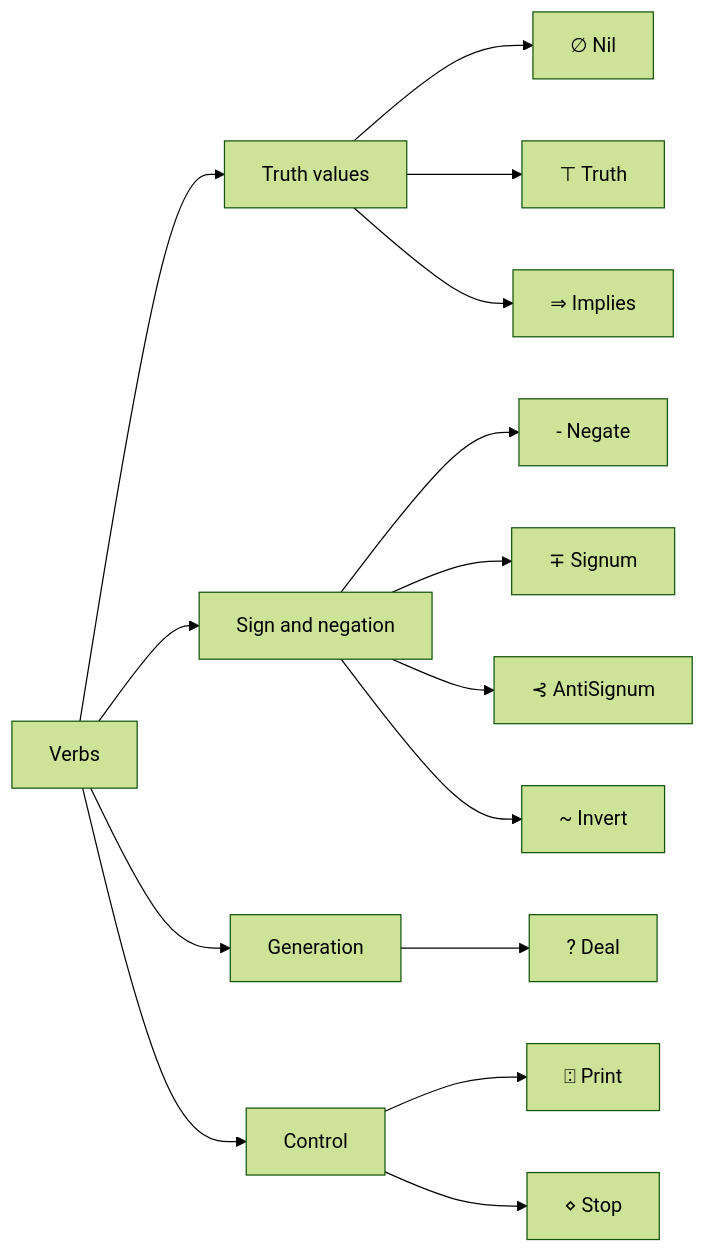
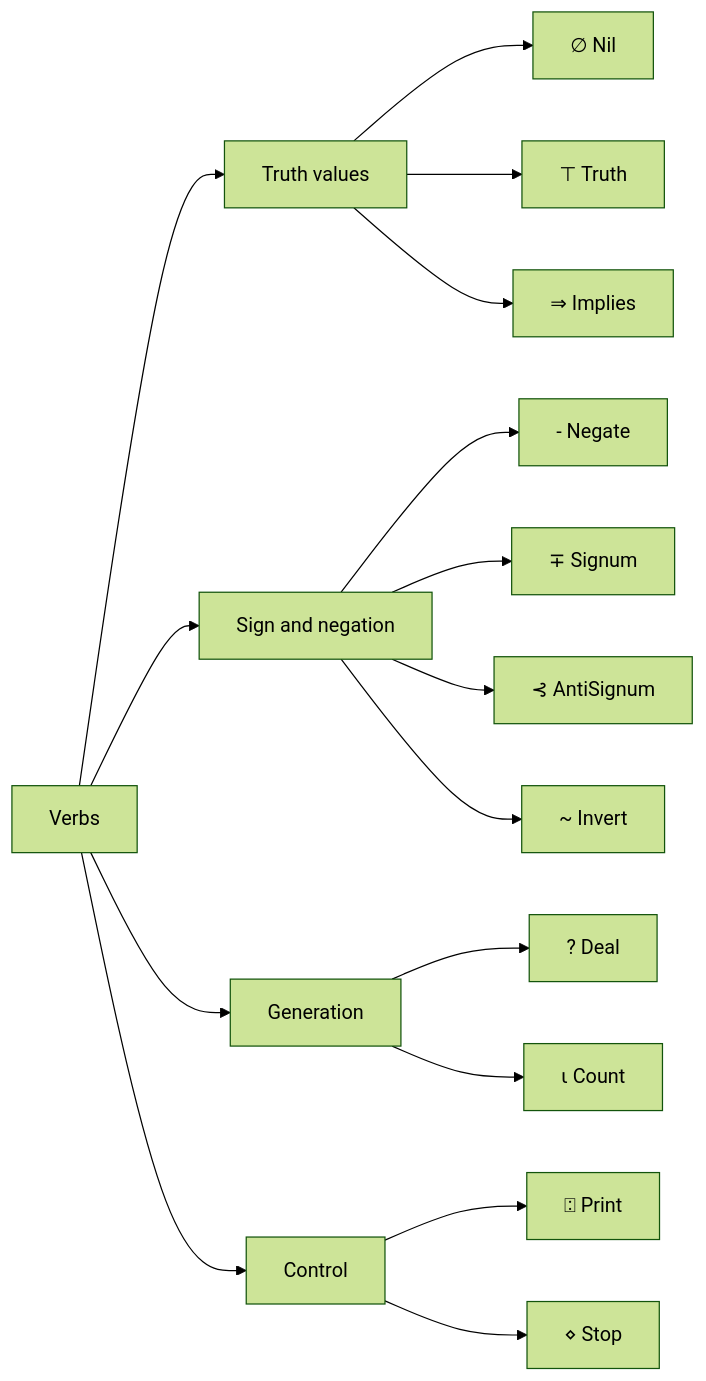
The diagram in manual-verb-index.md (IronAutie/Wuxia-The-Manual), drawn with Mermaid (forest theme) before and after one commit. The commit also changed 6 other files, not shown here.

Commit message:
Count page 9, Deal semantics, TOC, index updates (2026-10-12)

````diff
--- a/manual-verb-index.md
+++ b/manual-verb-index.md
@@ -3,27 +3,29 @@
 ```mermaid
 graph LR
     V["Verbs"] --> T["Truth values"]
     V --> S["Sign and negation"]
     V --> G["Generation"]
     V --> C["Control"]
     T --> Nil["∅ Nil"]
     T --> Truth["⊤ Truth"]
     T --> Implies["⇒ Implies"]
     S --> Negate["- Negate"]
     S --> Signum["∓ Signum"]
     S --> AntiSignum["⊰ AntiSignum"]
     S --> Invert["~ Invert"]
     G --> Deal["? Deal"]
+    G --> Count["⍳ Count"]
     C --> Print["⍠ Print"]
     C --> Stop["⋄ Stop"]
     click Nil "https://github.com/IronAutie/Wuxia-The-Manual/blob/main/manual-page-0-nil.md"
     click Truth "https://github.com/IronAutie/Wuxia-The-Manual/blob/main/manual-page-back-truth.md"
     click Implies "https://github.com/IronAutie/Wuxia-The-Manual/blob/main/manual-page-4-implies.md"
     click Negate "https://github.com/IronAutie/Wuxia-The-Manual/blob/main/manual-page-1-negate.md"
     click Signum "https://github.com/IronAutie/Wuxia-The-Manual/blob/main/manual-page-5-signum.md"
     click AntiSignum "https://github.com/IronAutie/Wuxia-The-Manual/blob/main/manual-page-6-antisignum.md"
     click Invert "https://github.com/IronAutie/Wuxia-The-Manual/blob/main/manual-page-3-invert.md"
     click Deal "https://github.com/IronAutie/Wuxia-The-Manual/blob/main/manual-page-2-deal.md"
+    click Count "https://github.com/IronAutie/Wuxia-The-Manual/blob/main/manual-page-9-count.md"
     click Print "https://github.com/IronAutie/Wuxia-The-Manual/blob/main/manual-page-7-print.md"
     click Stop "https://github.com/IronAutie/Wuxia-The-Manual/blob/main/manual-page-8-diamond.md"
 ```
````
